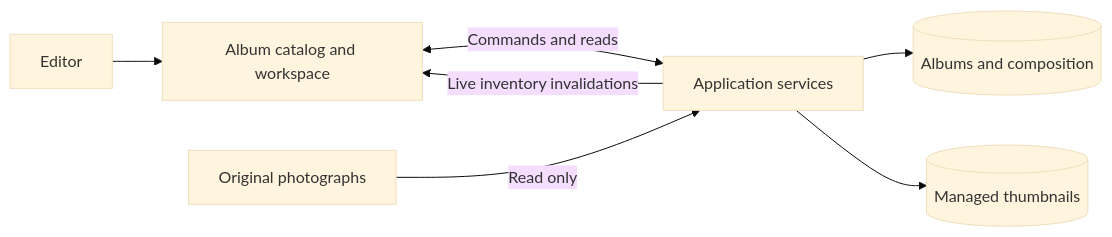
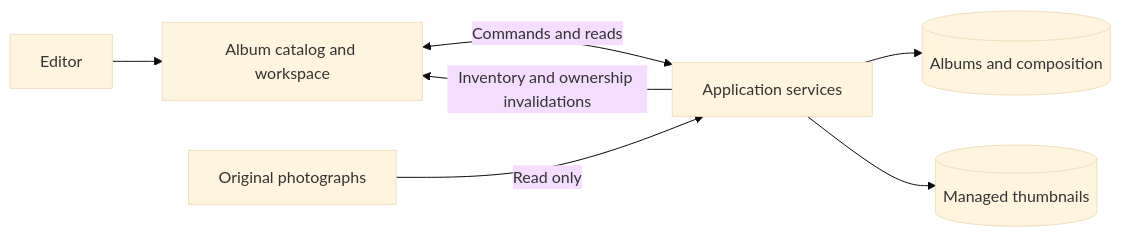
The first of 5 diagrams in specs/design.md (cosminci/photography), drawn with Mermaid (base theme) before and after one commit. The commit also changed other lines of this file and 4 other files, not shown here.

````diff
--- a/specs/design.md
+++ b/specs/design.md
@@ -9,9 +9,9 @@
 ```mermaid
 flowchart LR
   Editor --> Browser["Album catalog and workspace"]
   Browser <-->|Commands and reads| Backend["Application services"]
   Backend --> Database[("Albums and composition")]
   Originals["Original photographs"] -->|Read only| Backend
   Backend --> Thumbnails[("Managed thumbnails")]
-  Backend -->|Live inventory invalidations| Browser
+  Backend -->|Inventory and ownership invalidations| Browser
 ```
````
